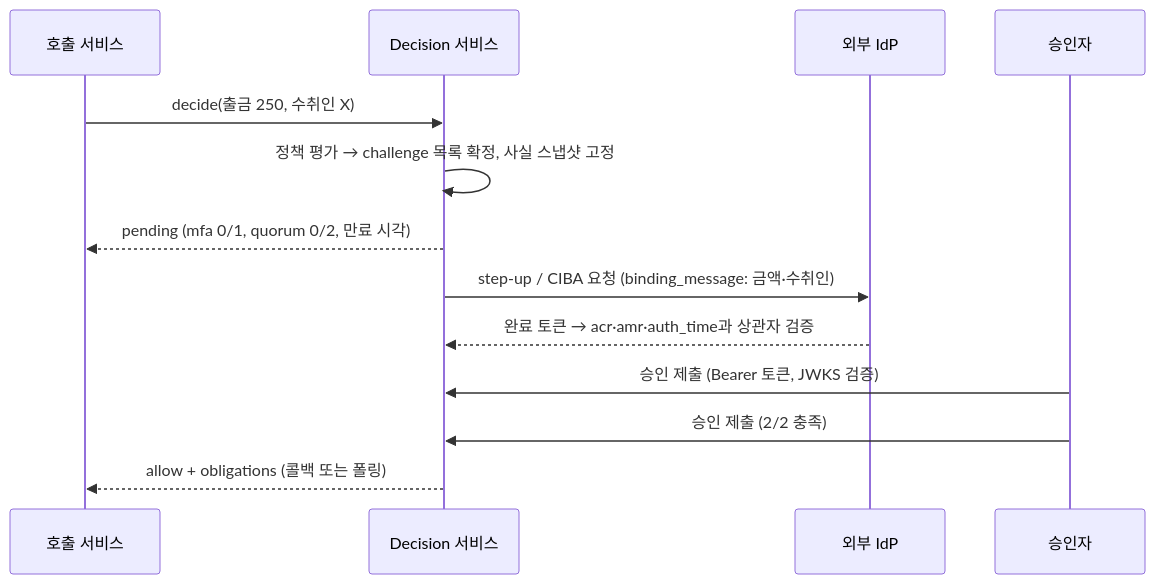
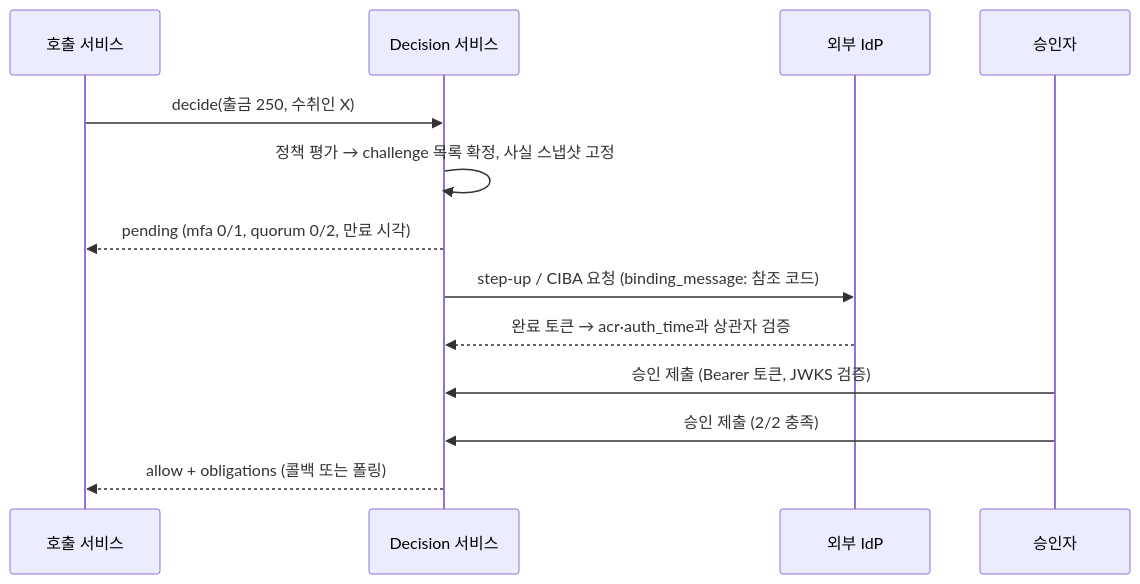
The fifth of 6 diagrams in docs/plans/2026-08-07-001-feat-stamp-feature-map-plan.md (d0lim/stamp), drawn with Mermaid before and after one commit. The commit also changed other lines of this file and 2 other files, not shown here.

````diff
--- a/docs/plans/2026-08-07-001-feat-stamp-feature-map-plan.md
+++ b/docs/plans/2026-08-07-001-feat-stamp-feature-map-plan.md
@@ -396,15 +397,15 @@
 ```mermaid
 sequenceDiagram
     participant PEP as 호출 서비스
     participant DEC as Decision 서비스
     participant IDP as 외부 IdP
     participant APR as 승인자
     PEP->>DEC: decide(출금 250, 수취인 X)
     DEC->>DEC: 정책 평가 → challenge 목록 확정, 사실 스냅샷 고정
     DEC-->>PEP: pending (mfa 0/1, quorum 0/2, 만료 시각)
-    DEC->>IDP: step-up / CIBA 요청 (binding_message: 금액·수취인)
-    IDP-->>DEC: 완료 토큰 → acr·amr·auth_time과 상관자 검증
+    DEC->>IDP: step-up / CIBA 요청 (binding_message: 참조 코드)
+    IDP-->>DEC: 완료 토큰 → acr·auth_time과 상관자 검증
     APR->>DEC: 승인 제출 (Bearer 토큰, JWKS 검증)
     APR->>DEC: 승인 제출 (2/2 충족)
     DEC-->>PEP: allow + obligations (콜백 또는 폴링)
 ```
````
